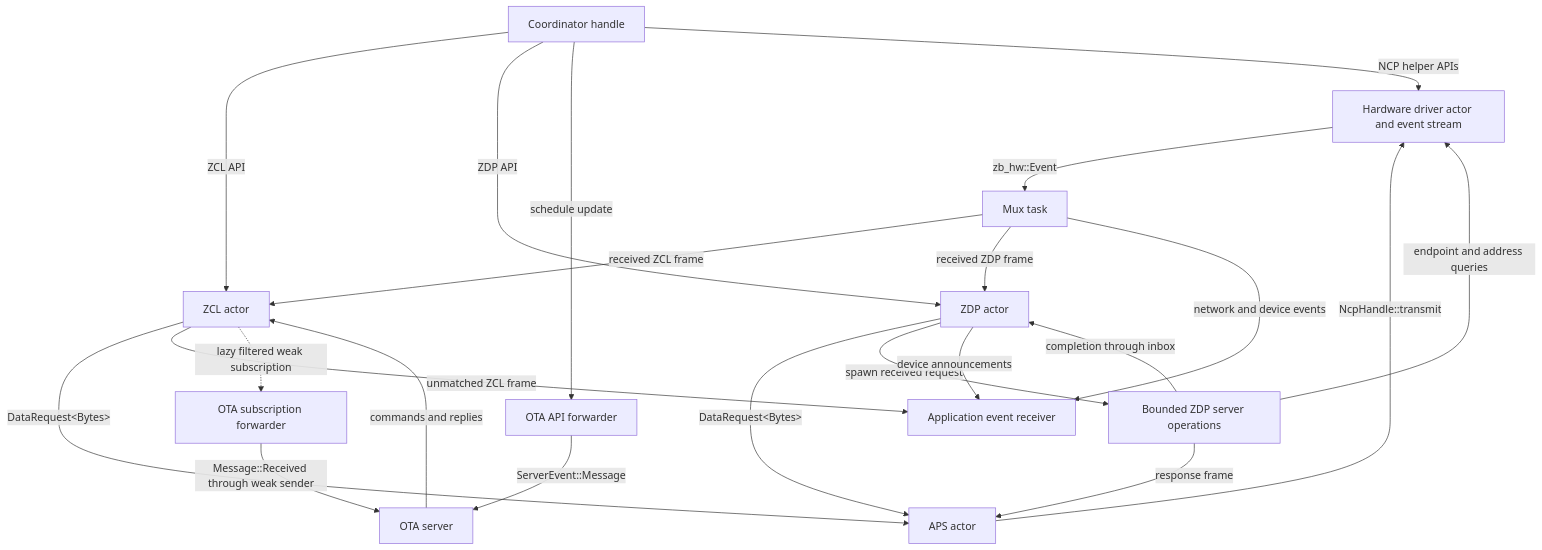
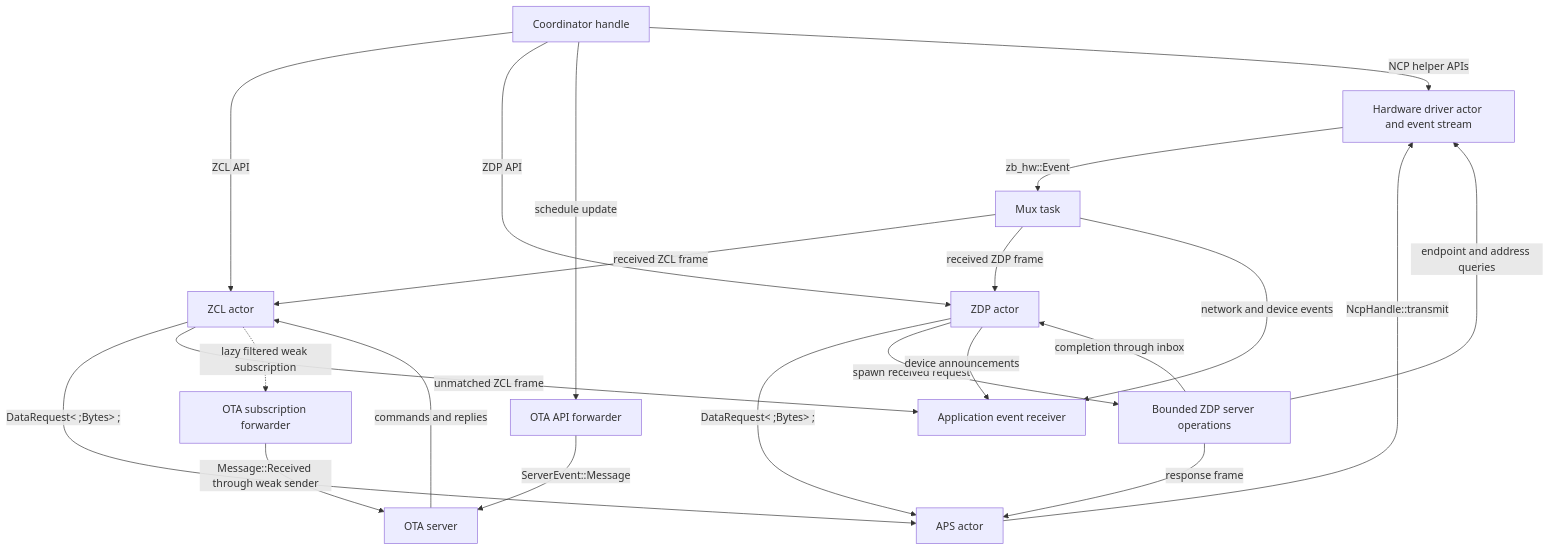
One commit to PaulmannLighting/apis-saltans changed the first of 5 diagrams in coordinator/ARCHITECTURE.md. Above: the diagram before and after it, drawn with Mermaid. The commit also changed other lines of this file and 3 other files, not shown here.

Commit message:
Simplify OTA request validation and transfer lifecycle handling

````diff
--- a/coordinator/ARCHITECTURE.md
+++ b/coordinator/ARCHITECTURE.md
@@ -8,36 +8,35 @@
 ```mermaid
 flowchart TD
     HW[Hardware driver actor and event stream]
     C[Coordinator handle]
     APS[APS actor]
     ZCL[ZCL actor]
     ZDP[ZDP actor]
     ZDPO[Bounded ZDP server operations]
     OTA[OTA server]
     OTAA[OTA API forwarder]
     OTAS[OTA subscription forwarder]
     M[Mux task]
     APP[Application event receiver]
-
     C -->|ZCL API| ZCL
     C -->|ZDP API| ZDP
     C -->|schedule update| OTAA
     OTAA -->|ServerEvent::Message| OTA
     C -->|NCP helper APIs| HW
-    ZCL -->|DataRequest&lt;Bytes&gt;| APS
-    ZDP -->|DataRequest&lt;Bytes&gt;| APS
-    ZDP -->|spawn received request| ZDPO
-    ZDPO -->|endpoint and address queries| HW
-    ZDPO -->|response frame| APS
-    ZDPO -->|completion through inbox| ZDP
-    APS -->|NcpHandle::transmit| HW
-    HW -->|zb_hw::Event| M
-    M -->|received ZCL frame| ZCL
-    M -->|received ZDP frame| ZDP
-    M -->|network and device events| APP
-    ZCL -->|unmatched ZCL frame| APP
-    ZCL -.->|lazy filtered weak subscription| OTAS
-    OTAS -->|Message::Received through weak sender| OTA
-    OTA -->|commands and replies| ZCL
-    ZDP -->|device announcements| APP
+    ZCL -->|DataRequest&lt ;Bytes&gt ;|APS
+ZDP -->|DataRequest&lt ;Bytes&gt ;|APS
+ZDP -->|spawn received request|ZDPO
+ZDPO -->|endpoint and address queries|HW
+ZDPO -->|response frame| APS
+ZDPO -->|completion through inbox|ZDP
+APS -->|NcpHandle::transmit|HW
+HW -->|zb_hw::Event|M
+M -->|received ZCL frame|ZCL
+M -->|received ZDP frame|ZDP
+M -->|network and device events|APP
+ZCL -->|unmatched ZCL frame| APP
+ZCL -.->|lazy filtered weak subscription| OTAS
+OTAS -->|Message::Received through weak sender| OTA
+OTA -->|commands and replies|ZCL
+ZDP -->|device announcements|APP
 ```
````
